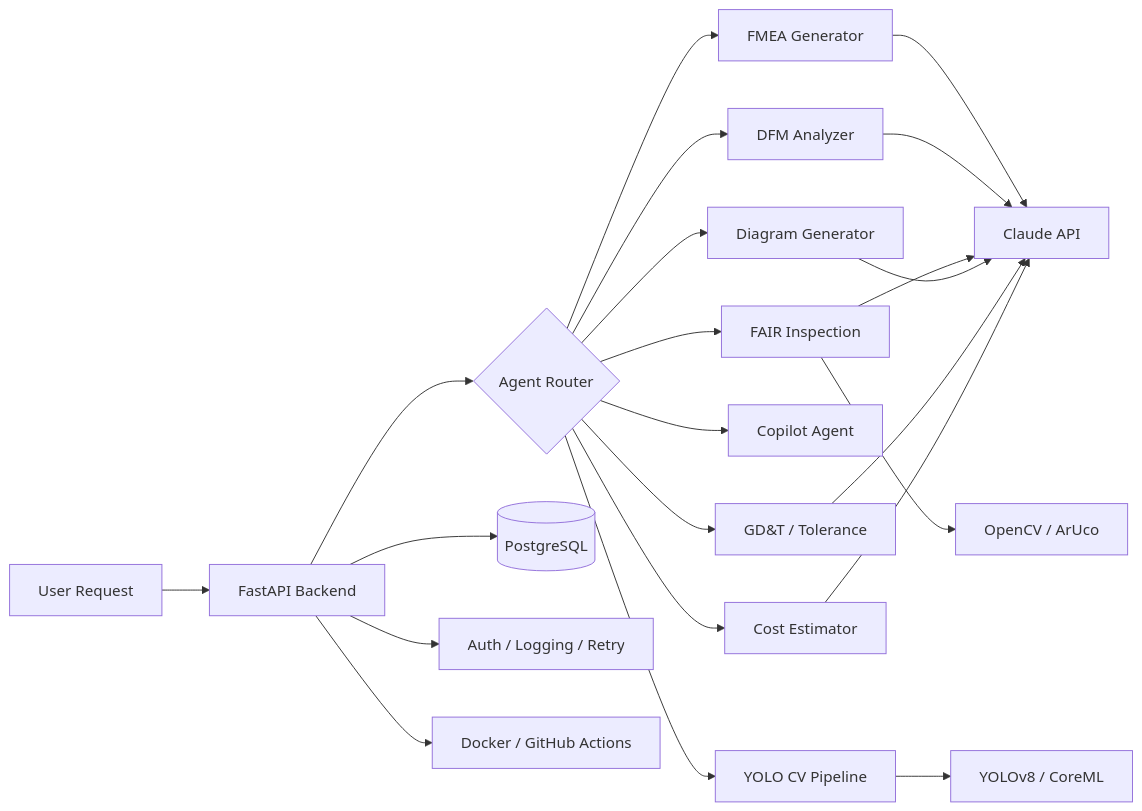
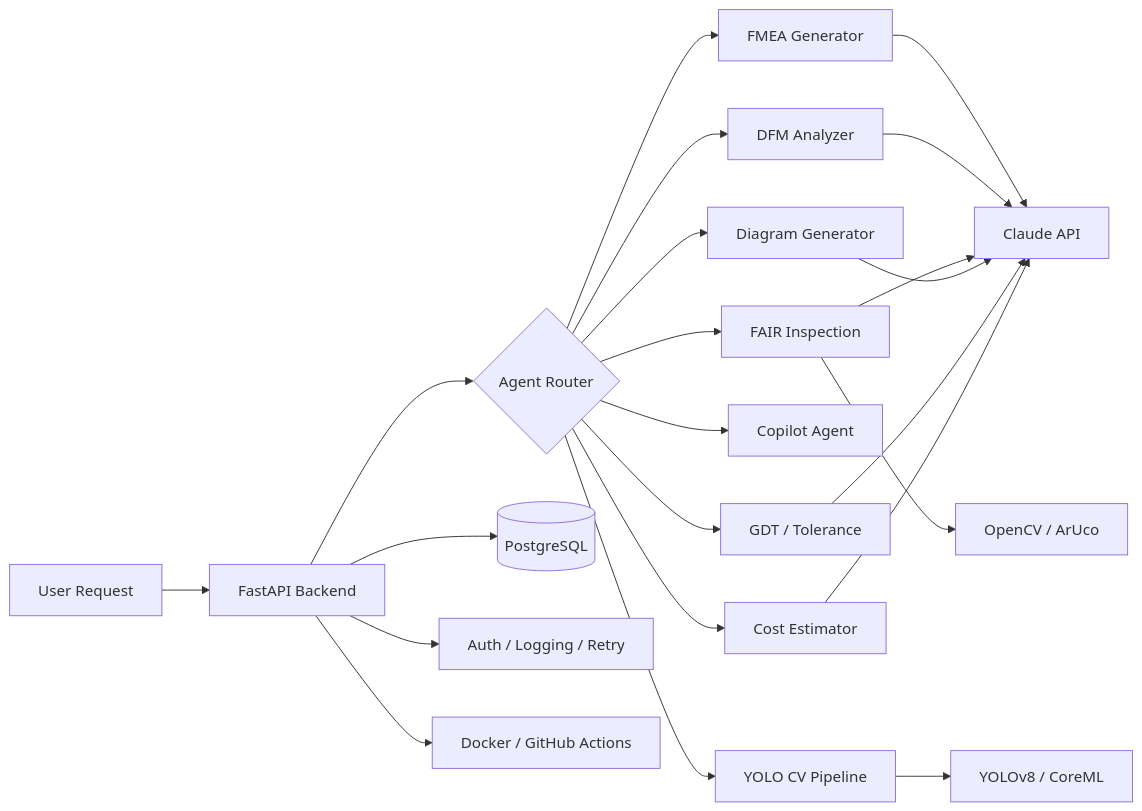
The first of 16 diagrams in README.md (dawarazhar11/dawarazhar11), drawn with Mermaid before and after one commit. The commit also changed other lines of this file, not shown here.

Commit message:
Fix Mermaid: remove bidirectional arrows and & chars, add API Development tech stack

````diff
--- a/README.md
+++ b/README.md
@@ -152,24 +161,24 @@
 ```mermaid
 graph LR
     A["User Request"] --> B["FastAPI Backend"]
     B --> C{"Agent Router"}
     C --> D["FMEA Generator"]
     C --> E["DFM Analyzer"]
     C --> F["FAIR Inspection"]
     C --> G["YOLO CV Pipeline"]
     C --> H["Copilot Agent"]
     D --> I["Claude API"]
     E --> I
     F --> I
     C --> P["Diagram Generator"]
-    C --> Q["GD&T / Tolerance"]
+    C --> Q["GDT / Tolerance"]
     C --> R["Cost Estimator"]
     P --> I
     Q --> I
     R --> I
     F --> J["OpenCV / ArUco"]
     G --> K["YOLOv8 / CoreML"]
     B --> L[("PostgreSQL")]
     B --> M["Auth / Logging / Retry"]
     B --> N["Docker / GitHub Actions"]
 ```
````
